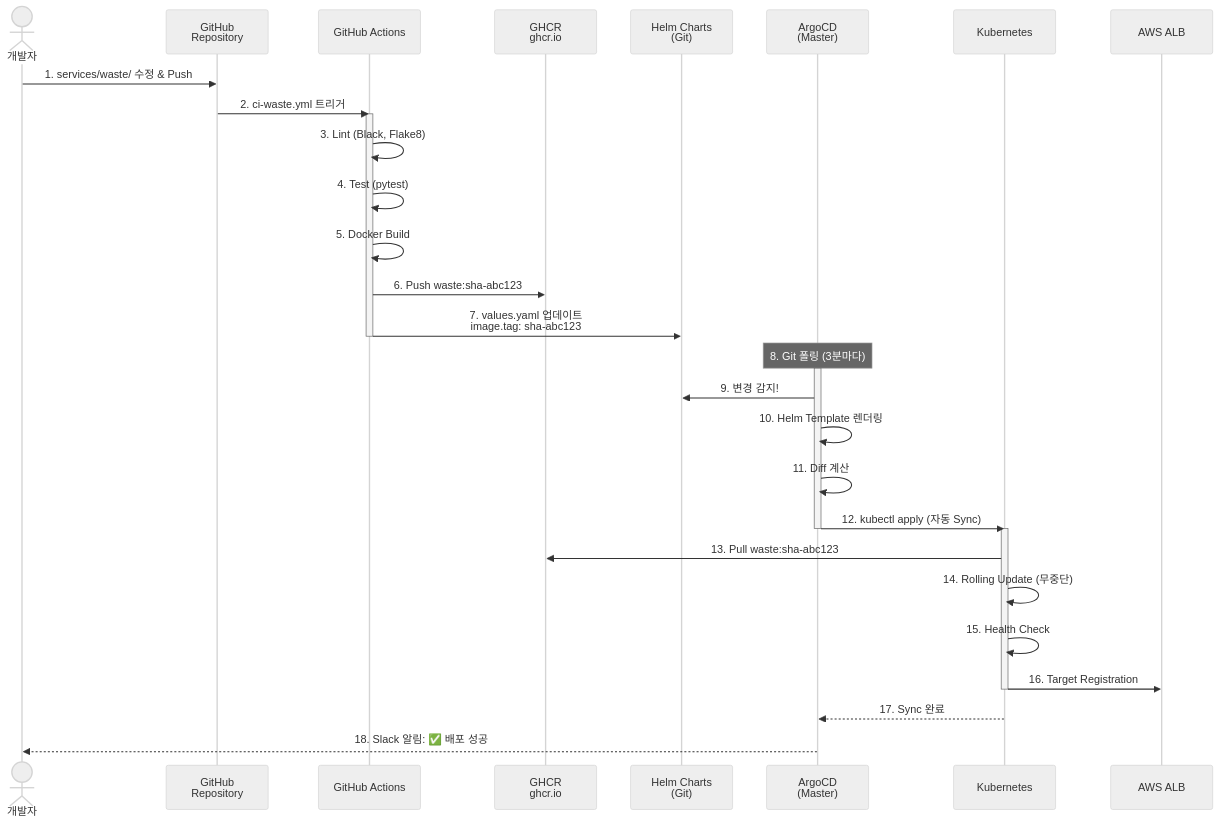
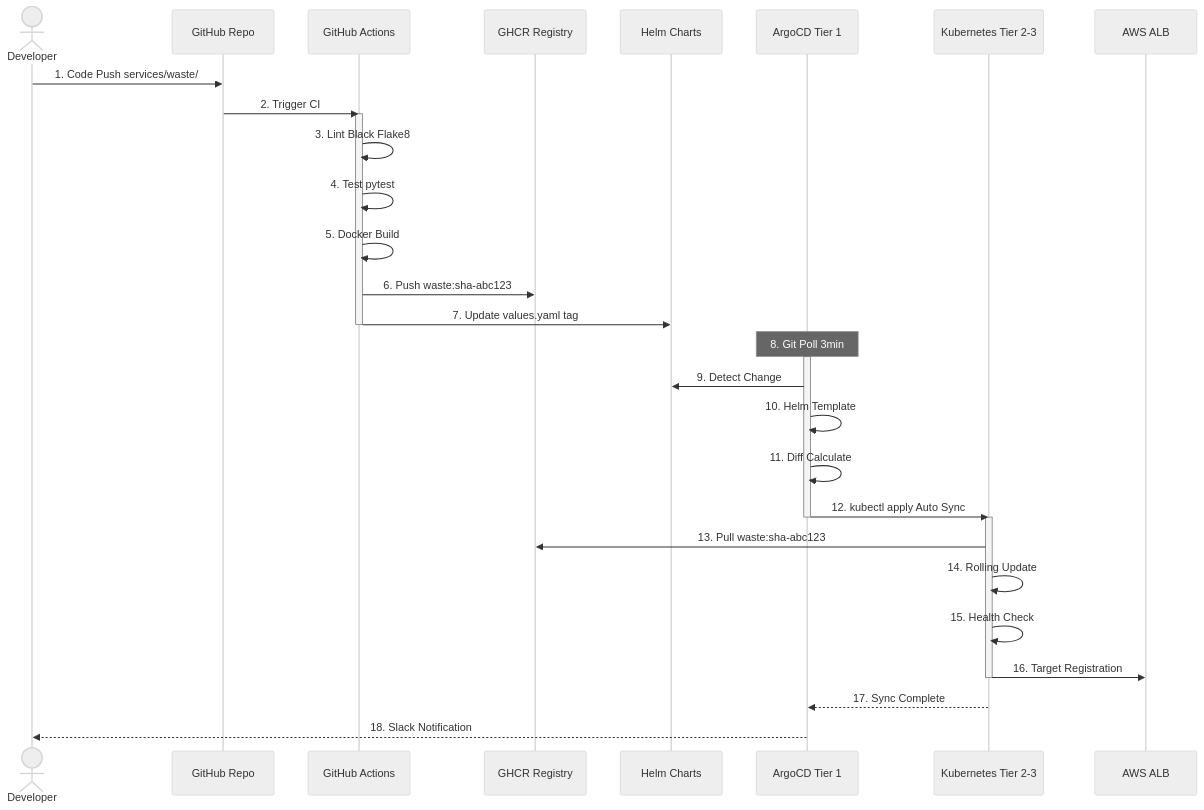
Before and after one commit to SeSACTHON/backend: the seventh of 9 diagrams in docs/architecture/final-k8s-architecture.md, drawn with Mermaid (neutral theme). The commit also changed other lines of this file and 1 other file, not shown here.

First line of the commit message:
docs: Complete rewrite of task-queue and final-k8s-architecture for 4-Tier

````diff
--- a/docs/architecture/final-k8s-architecture.md
+++ b/docs/architecture/final-k8s-architecture.md
@@ -285,41 +438,41 @@
 ```mermaid
 sequenceDiagram
-    actor Dev as 개발자
-    participant GH as GitHub<br/>Repository
+    actor Dev as Developer
+    participant GH as GitHub Repo
     participant GHA as GitHub Actions
-    participant GHCR as GHCR<br/>ghcr.io
-    participant Helm as Helm Charts<br/>(Git)
-    participant Argo as ArgoCD<br/>(Master)
-    participant K8s as Kubernetes
+    participant GHCR as GHCR Registry
+    participant Helm as Helm Charts
+    participant Argo as ArgoCD Tier 1
+    participant K8s as Kubernetes Tier 2-3
     participant ALB as AWS ALB
     
-    Dev->>GH: 1. services/waste/ 수정 & Push
-    GH->>GHA: 2. ci-waste.yml 트리거
+    Dev->>GH: 1. Code Push services/waste/
+    GH->>GHA: 2. Trigger CI
     
     activate GHA
-    GHA->>GHA: 3. Lint (Black, Flake8)
-    GHA->>GHA: 4. Test (pytest)
+    GHA->>GHA: 3. Lint Black Flake8
+    GHA->>GHA: 4. Test pytest
     GHA->>GHA: 5. Docker Build
     GHA->>GHCR: 6. Push waste:sha-abc123
-    GHA->>Helm: 7. values.yaml 업데이트<br/>image.tag: sha-abc123
+    GHA->>Helm: 7. Update values.yaml tag
     deactivate GHA
     
-    Note over Argo: 8. Git 폴링 (3분마다)
+    Note over Argo: 8. Git Poll 3min
     
     activate Argo
-    Argo->>Helm: 9. 변경 감지!
-    Argo->>Argo: 10. Helm Template 렌더링
-    Argo->>Argo: 11. Diff 계산
-    Argo->>K8s: 12. kubectl apply (자동 Sync)
+    Argo->>Helm: 9. Detect Change
+    Argo->>Argo: 10. Helm Template
+    Argo->>Argo: 11. Diff Calculate
+    Argo->>K8s: 12. kubectl apply Auto Sync
     deactivate Argo
     
     activate K8s
     K8s->>GHCR: 13. Pull waste:sha-abc123
-    K8s->>K8s: 14. Rolling Update (무중단)
+    K8s->>K8s: 14. Rolling Update
     K8s->>K8s: 15. Health Check
     K8s->>ALB: 16. Target Registration
     deactivate K8s
     
-    K8s-->>Argo: 17. Sync 완료
-    Argo-->>Dev: 18. Slack 알림: ✅ 배포 성공
+    K8s-->>Argo: 17. Sync Complete
+    Argo-->>Dev: 18. Slack Notification
 ```
````
